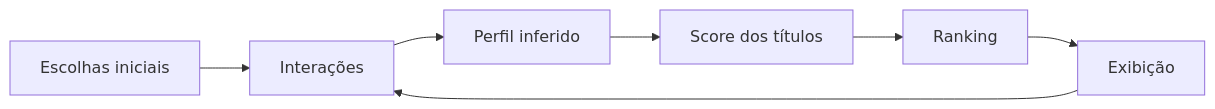
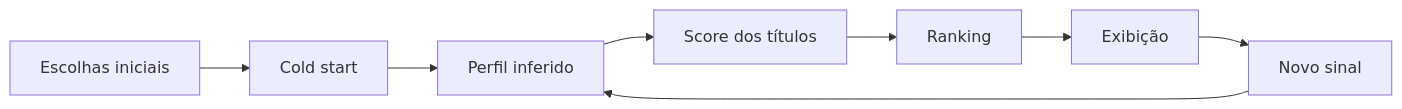
Before and after one commit to sandrozdb/recommendation-algorithm-simulator: the diagram in docs/architecture.md, drawn with Mermaid. The commit also changed other lines of this file, not shown here.

Commit message:
docs: update architecture and scoring model

````diff
--- a/docs/architecture.md
+++ b/docs/architecture.md
@@ -5,9 +7,10 @@
 ```mermaid
 flowchart LR
-    A[Escolhas iniciais] --> B[Interações]
+    A[Escolhas iniciais] --> B[Cold start]
     B --> C[Perfil inferido]
     C --> D[Score dos títulos]
     D --> E[Ranking]
     E --> F[Exibição]
-    F --> B
+    F --> G[Novo sinal]
+    G --> C
 ```
````
